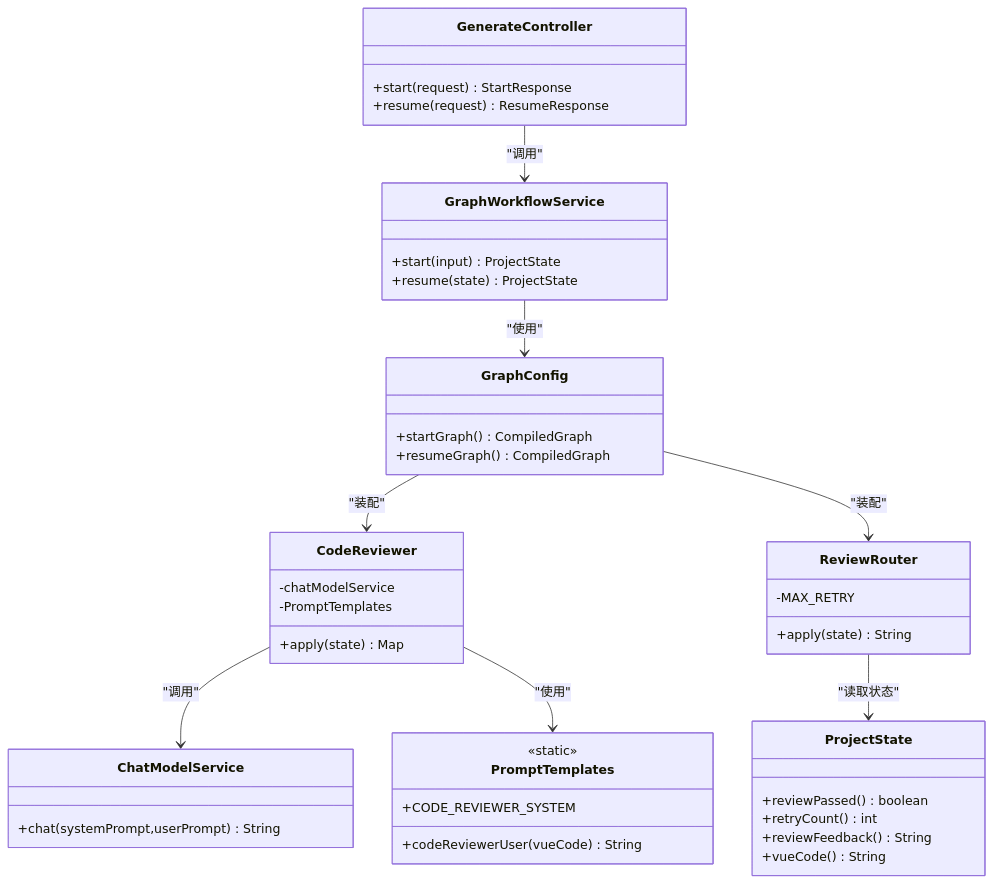
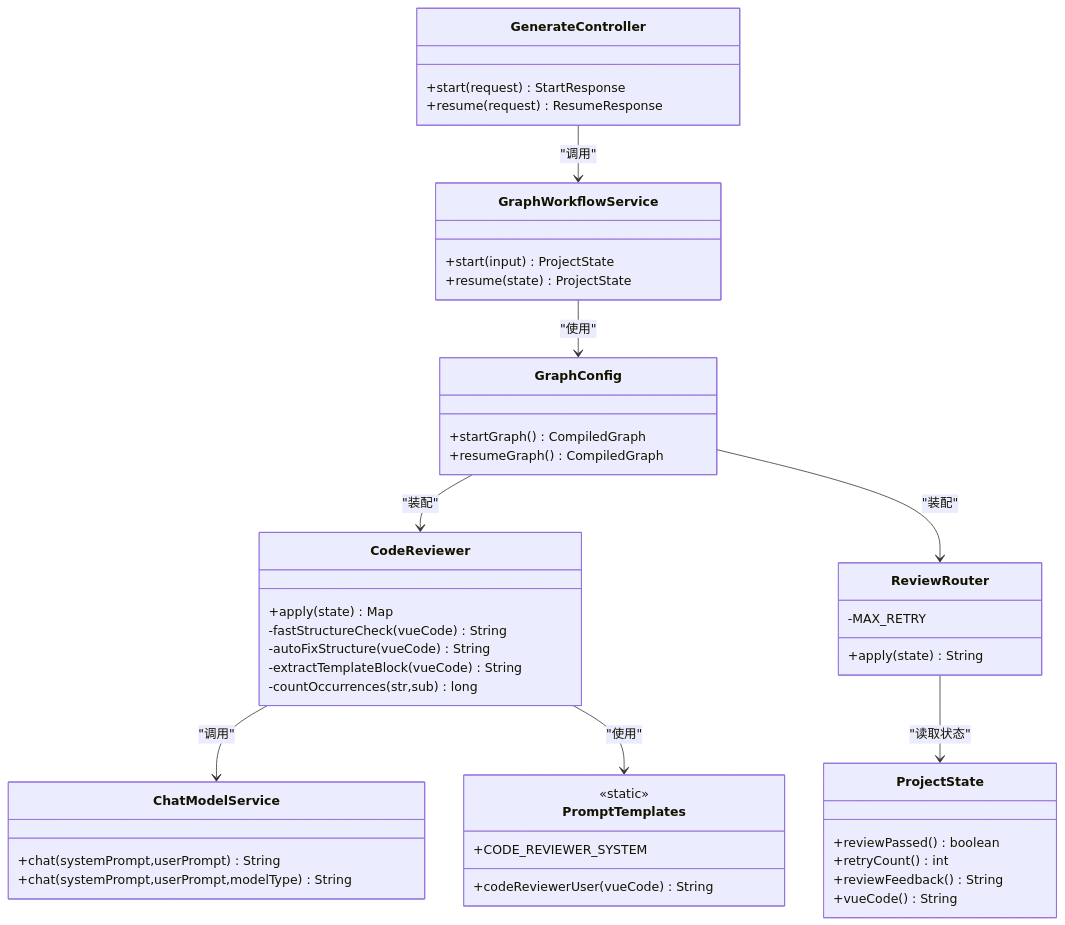
The fifth of 6 diagrams in .qoder/repowiki/zh/content/AI工作流系统/AI节点分析/代码审查节点.md (CyanYuKi/WebSiteFrontendCodeMother), drawn with Mermaid before and after one commit. The commit also changed other lines of this file and 21 other files, not shown here.

````diff
--- a/.qoder/repowiki/zh/content/AI工作流系统/AI节点分析/代码审查节点.md
+++ b/.qoder/repowiki/zh/content/AI工作流系统/AI节点分析/代码审查节点.md
@@ -248,45 +297,48 @@
 ```mermaid
 classDiagram
 class CodeReviewer {
 +apply(state) Map
--chatModelService
--PromptTemplates
+-fastStructureCheck(vueCode) String
+-autoFixStructure(vueCode) String
+-extractTemplateBlock(vueCode) String
+-countOccurrences(str,sub) long
 }
 class ReviewRouter {
 +apply(state) String
 -MAX_RETRY
 }
 class ChatModelService {
 +chat(systemPrompt,userPrompt) String
++chat(systemPrompt,userPrompt,modelType) String
 }
 class PromptTemplates {
 <<static>>
 +CODE_REVIEWER_SYSTEM
 +codeReviewerUser(vueCode) String
 }
 class ProjectState {
 +reviewPassed() boolean
 +retryCount() int
 +reviewFeedback() String
 +vueCode() String
 }
 class GraphWorkflowService {
 +start(input) ProjectState
 +resume(state) ProjectState
 }
 class GraphConfig {
 +startGraph() CompiledGraph
 +resumeGraph() CompiledGraph
 }
 class GenerateController {
 +start(request) StartResponse
 +resume(request) ResumeResponse
 }
 CodeReviewer --> ChatModelService : "调用"
 CodeReviewer --> PromptTemplates : "使用"
 ReviewRouter --> ProjectState : "读取状态"
 GraphConfig --> CodeReviewer : "装配"
 GraphConfig --> ReviewRouter : "装配"
 GraphWorkflowService --> GraphConfig : "使用"
 GenerateController --> GraphWorkflowService : "调用"
 ```
````
